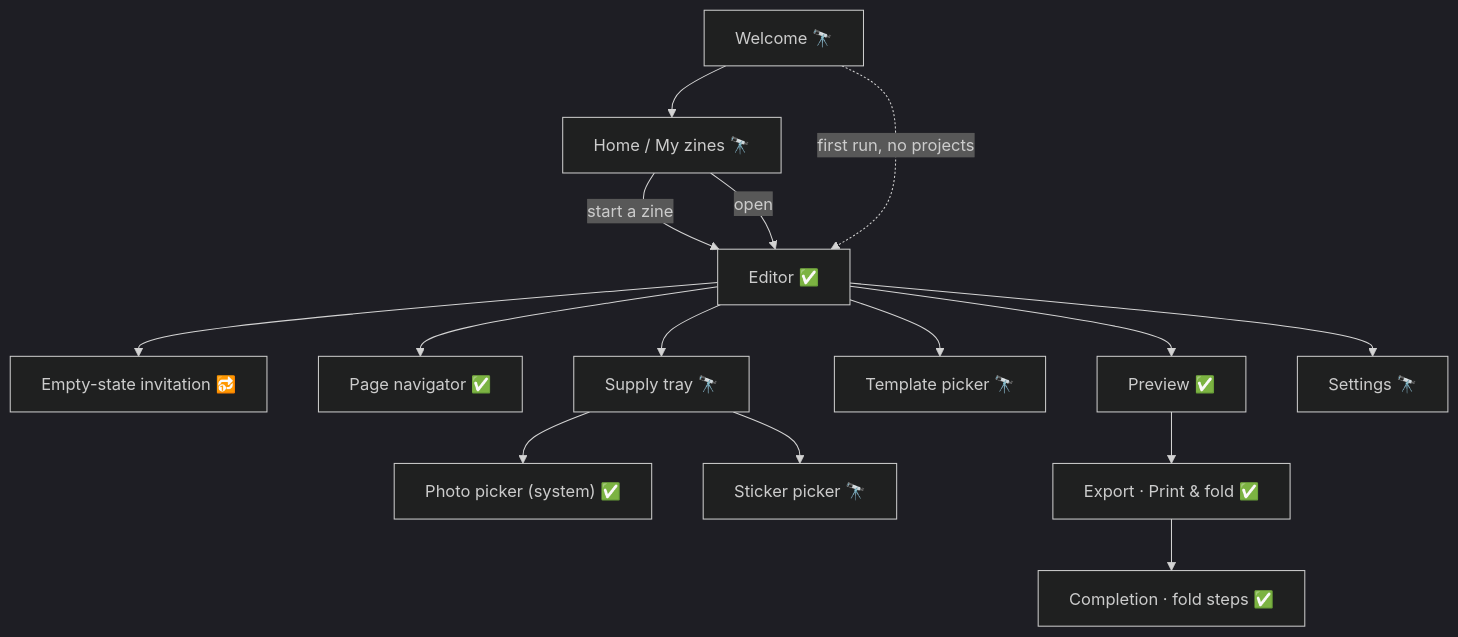
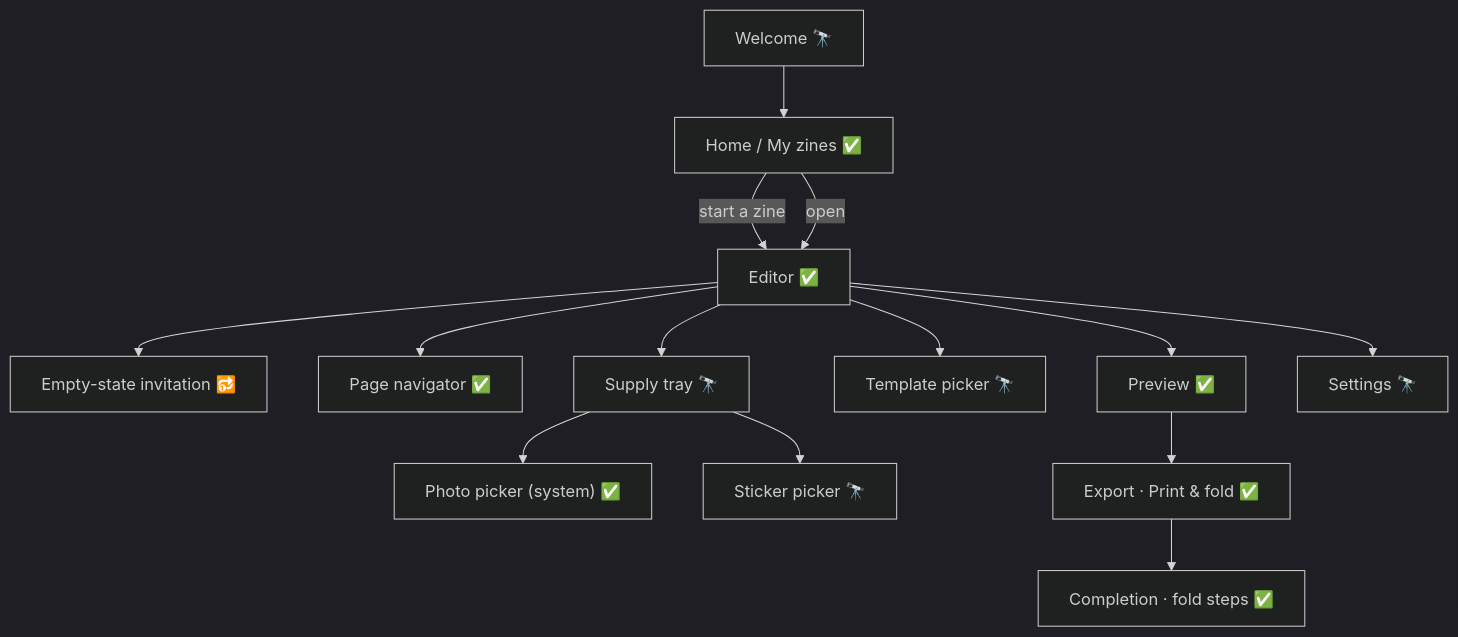
The diagram in docs/design/SCREEN-INVENTORY.md (aritr-codes/zinely-android), drawn with Mermaid (dark theme) before and after one commit. The commit also changed other lines of this file and 23 other files, not shown here.

````diff
--- a/docs/design/SCREEN-INVENTORY.md
+++ b/docs/design/SCREEN-INVENTORY.md
@@ -20,17 +20,16 @@
 ```mermaid
 flowchart TD
-    W["Welcome 🔭"] --> H["Home / My zines 🔭"]
+    W["Welcome 🔭"] --> H["Home / My zines ✅"]
     H -->|start a zine| ED["Editor ✅"]
     H -->|open| ED
-    W -.first run, no projects.-> ED
     ED --> ES["Empty-state invitation 🔂"]
     ED --> NAV["Page navigator ✅"]
     ED --> TRAY["Supply tray 🔭"]
     TRAY --> PICK["Photo picker (system) ✅"]
     TRAY --> STK["Sticker picker 🔭"]
     ED --> TPL["Template picker 🔭"]
     ED --> PRE["Preview ✅"]
     PRE --> EXP["Export · Print & fold ✅"]
     EXP --> DONE["Completion · fold steps ✅"]
     ED --> SET["Settings 🔭"]
 ```
````
